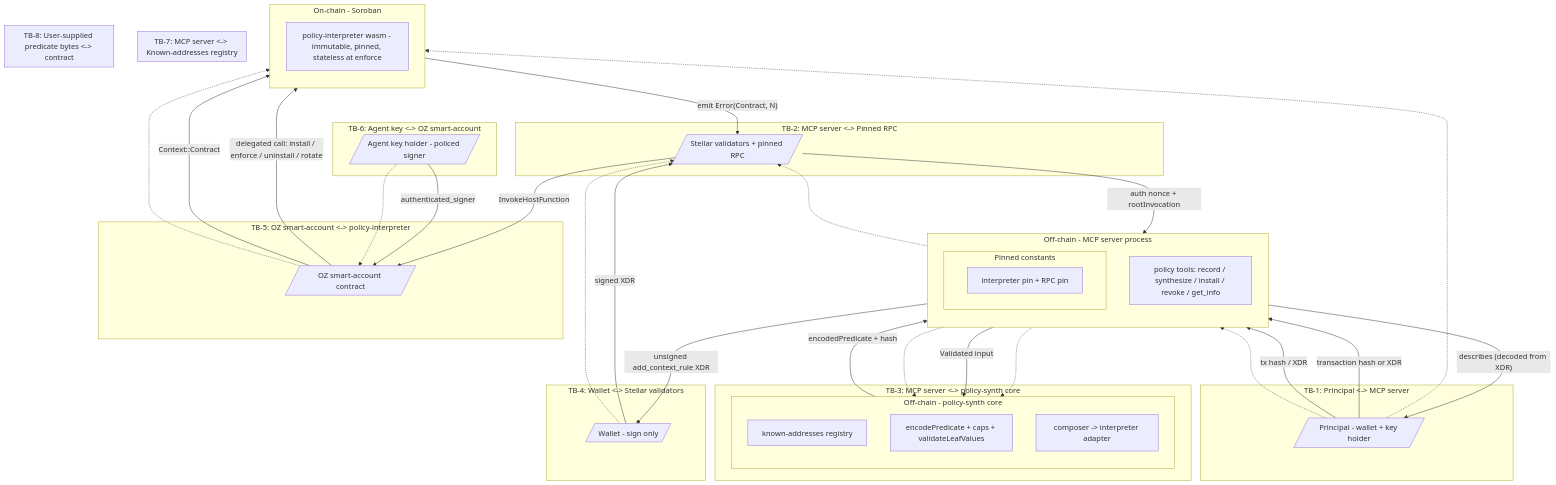
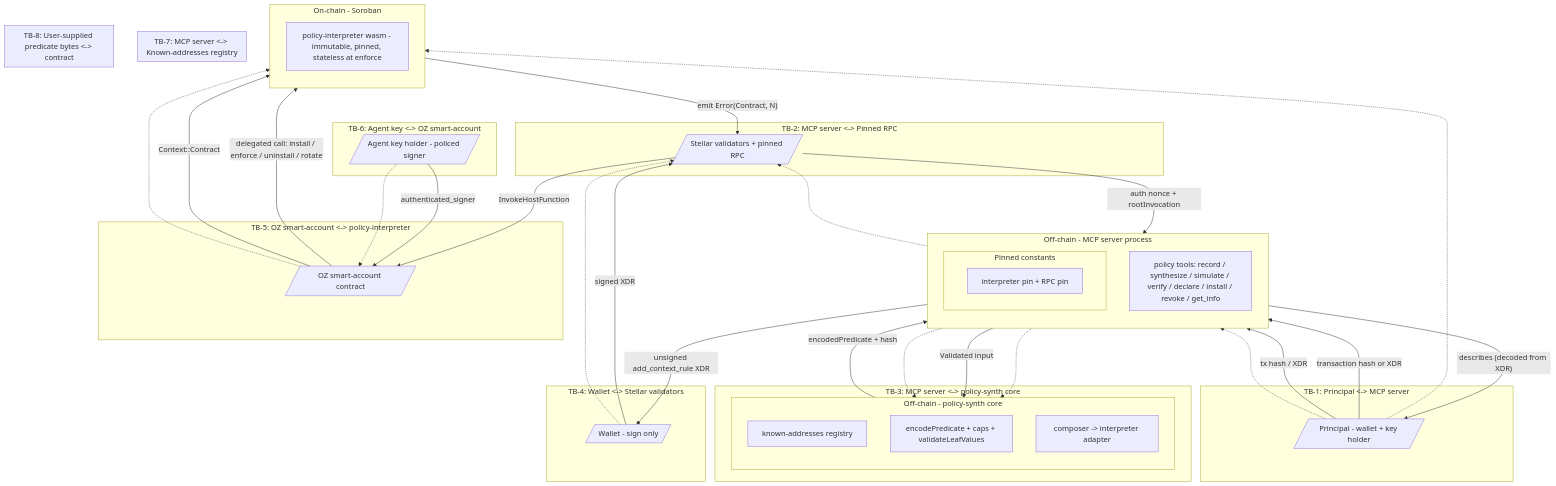
Before and after one commit to untangledfinance/oz-policy-builder: the diagram in docs/stride-threat-model.md, drawn with Mermaid. The commit also changed other lines of this file and 3 other files, not shown here.

````diff
--- a/docs/stride-threat-model.md
+++ b/docs/stride-threat-model.md
@@ -131,67 +131,67 @@
 ```mermaid
 flowchart TB
     U[/Principal - wallet + key holder/]
     AG[/Agent key holder - policed signer/]
     ST[/Stellar validators + pinned RPC/]
     OZ[/OZ smart-account contract/]
     W[/Wallet - sign only/]
 
     subgraph MCP["Off-chain - MCP server process"]
         direction TB
         subgraph PINS["Pinned constants"]
             IP["interpreter pin + RPC pin"]
         end
-        TOOLS["policy tools: record / synthesize / install / revoke / get_info"]
+        TOOLS["policy tools: record / synthesize / simulate / verify / declare / install / revoke / get_info"]
     end
 
     subgraph SYNTH["Off-chain - policy-synth core"]
         direction TB
         REG["known-addresses registry"]
         ENC["encodePredicate + caps + validateLeafValues"]
         ADP["composer -> interpreter adapter"]
     end
 
     subgraph ONCH["On-chain - Soroban"]
         direction TB
         PI["policy-interpreter wasm - immutable, pinned, stateless at enforce"]
     end
 
     U -->|"transaction hash or XDR"| TOOLS
     U -->|"tx hash / XDR"| TOOLS
     TOOLS -->|"Validated input"| SYNTH
     SYNTH -->|"encodedPredicate + hash"| TOOLS
     TOOLS -->|"unsigned add_context_rule XDR"| W
     W -->|"signed XDR"| ST
     ST -->|"InvokeHostFunction"| OZ
     OZ -->|"delegated call: install / enforce / uninstall / rotate"| PI
     PI -->|"emit Error(Contract, N)"| ST
     ST -->|"auth nonce + rootInvocation"| TOOLS
     TOOLS -->|"describes (decoded from XDR)"| U
     AG -->|"authenticated_signer"| OZ
     OZ -->|"Context::Contract"| PI
 
     subgraph TB1["TB-1: Principal <-> MCP server"]
         U -.-> TOOLS
     end
     subgraph TB2["TB-2: MCP server <-> Pinned RPC"]
         TOOLS -.-> ST
     end
     subgraph TB3["TB-3: MCP server <-> policy-synth core"]
         TOOLS -.-> SYNTH
     end
     subgraph TB4["TB-4: Wallet <-> Stellar validators"]
         W -.-> ST
     end
     subgraph TB5["TB-5: OZ smart-account <-> policy-interpreter"]
         OZ -.-> PI
     end
     subgraph TB6["TB-6: Agent key <-> OZ smart-account"]
         AG -.-> OZ
     end
     subgraph TB7["TB-7: MCP server <-> Known-addresses registry"]
         TOOLS -.-> REG
     end
     subgraph TB8["TB-8: User-supplied predicate bytes <-> contract"]
         U -.-> PI
     end
 ```
````
